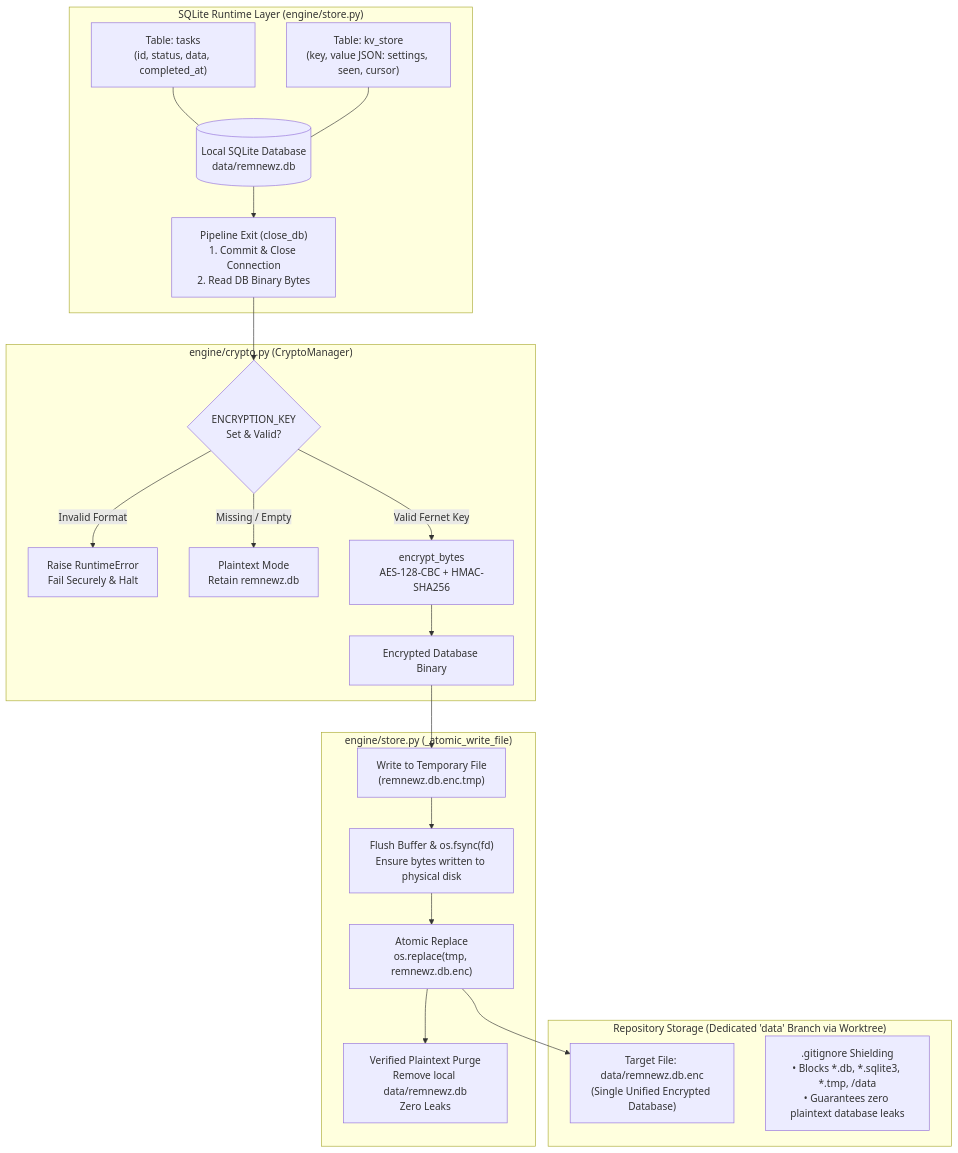
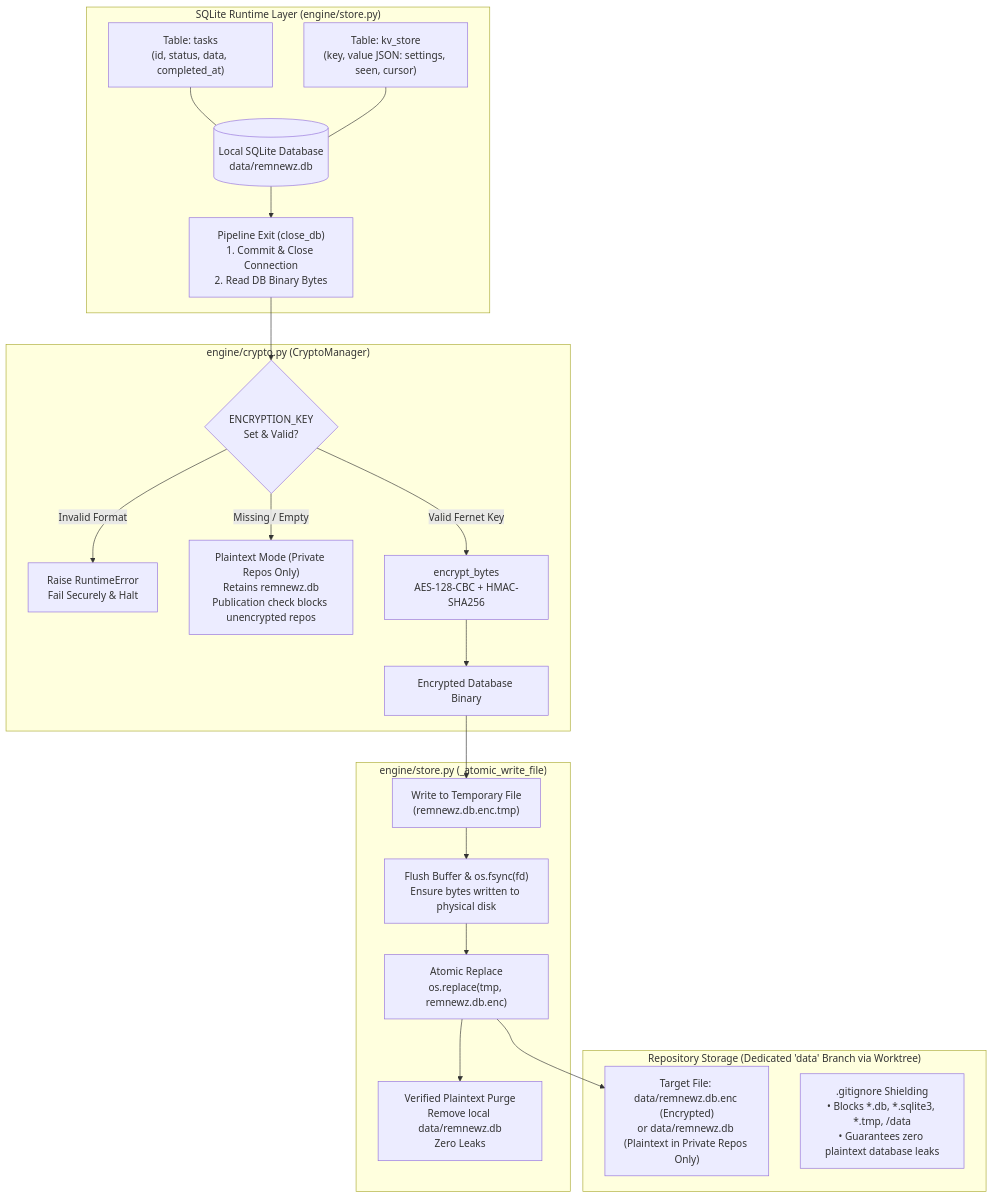
One commit to joydeepd900/RemNewz changed the sixth of 7 diagrams in Project Docs/structures.md. Above: the diagram before and after it, drawn with Mermaid. The commit also changed other lines of this file and 5 other files, not shown here.

Commit message:
fix: format primary repos before fallback check and harmonize storage and publication docs

````diff
--- a/Project Docs/structures.md
+++ b/Project Docs/structures.md
@@ -299,41 +299,41 @@
 ```mermaid
 flowchart TD
     subgraph DatabaseLayer["SQLite Runtime Layer (engine/store.py)"]
         SQLITE_DB[("Local SQLite Database<br/>data/remnewz.db")]
         TASKS_TBL["Table: tasks<br/>(id, status, data, completed_at)"]
         KV_TBL["Table: kv_store<br/>(key, value JSON: settings, seen, cursor)"]
         
         TASKS_TBL --- SQLITE_DB
         KV_TBL --- SQLITE_DB
         
         CLOSE["Pipeline Exit (close_db)<br/>1. Commit & Close Connection<br/>2. Read DB Binary Bytes"]
         SQLITE_DB --> CLOSE
     end
 
     subgraph CryptoLayer["engine/crypto.py (CryptoManager)"]
         CHK_KEY{ENCRYPTION_KEY<br/>Set & Valid?}
         CHK_KEY -- Invalid Format --> FAIL_SECURE[Raise RuntimeError<br/>Fail Securely & Halt]
-        CHK_KEY -- Missing / Empty --> PLAIN_MODE[Plaintext Mode<br/>Retain remnewz.db]
+        CHK_KEY -- Missing / Empty --> PLAIN_MODE["Plaintext Mode (Private Repos Only)<br/>Retains remnewz.db<br/>Publication check blocks unencrypted repos"]
         CHK_KEY -- Valid Fernet Key --> ENC_MODE[encrypt_bytes<br/>AES-128-CBC + HMAC-SHA256]
         
         CLOSE --> CHK_KEY
         ENC_MODE --> CIPHER_BYTES[Encrypted Database Binary]
     end
 
     subgraph AtomicIO["engine/store.py (_atomic_write_file)"]
         TMP_FILE["Write to Temporary File<br/>(remnewz.db.enc.tmp)"]
         FSYNC["Flush Buffer & os.fsync(fd)<br/>Ensure bytes written to physical disk"]
         OS_REPLACE["Atomic Replace<br/>os.replace(tmp, remnewz.db.enc)"]
         VERIFIED_PURGE["Verified Plaintext Purge<br/>Remove local data/remnewz.db<br/>Zero Leaks"]
         
         CIPHER_BYTES --> TMP_FILE
         TMP_FILE --> FSYNC
         FSYNC --> OS_REPLACE
         OS_REPLACE --> VERIFIED_PURGE
     end
 
     subgraph DiskStorage["Repository Storage (Dedicated 'data' Branch via Worktree)"]
-        OS_REPLACE --> DATA_ENC["Target File: data/remnewz.db.enc<br/>(Single Unified Encrypted Database)"]
+        OS_REPLACE --> DATA_ENC["Target File: data/remnewz.db.enc (Encrypted)<br/>or data/remnewz.db (Plaintext in Private Repos Only)"]
         GITIGNORE[".gitignore Shielding<br/>• Blocks *.db, *.sqlite3, *.tmp, /data<br/>• Guarantees zero plaintext database leaks"]
     end
 ```
````
